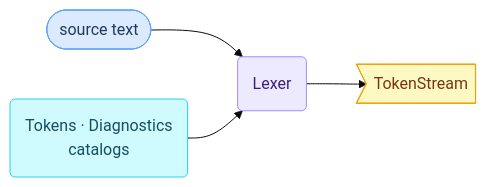
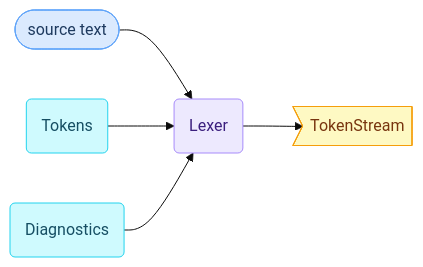
One commit to sfalik/Precept changed the second of 10 diagrams in docs/compiler-and-runtime-design.md. Above: the diagram before and after it, drawn with Mermaid (base theme). The commit also changed other lines of this file, not shown here.

First line of the commit message:
docs: expand per-stage pipeline diagrams with individual catalog nodes

````diff
--- a/docs/compiler-and-runtime-design.md
+++ b/docs/compiler-and-runtime-design.md
@@ -245,16 +245,18 @@
 ```mermaid
 flowchart LR
     classDef input   fill:#dbeafe,stroke:#60a5fa,color:#1e3a5f
     classDef catalog fill:#cffafe,stroke:#22d3ee,color:#164e63
     classDef stage   fill:#ede9fe,stroke:#a78bfa,color:#3b1f7e
     classDef out     fill:#fef9c3,stroke:#f59e0b,color:#78350f
 
     SRC([source text]):::input
-    CAT("Tokens · Diagnostics<br/>catalogs"):::catalog
+    CTOK("Tokens"):::catalog
+    CDIA("Diagnostics"):::catalog
     LEX(Lexer):::stage
     OUT>"TokenStream"]:::out
 
     SRC --> LEX
-    CAT --> LEX
+    CTOK --> LEX
+    CDIA --> LEX
     LEX --> OUT
 ```
````
